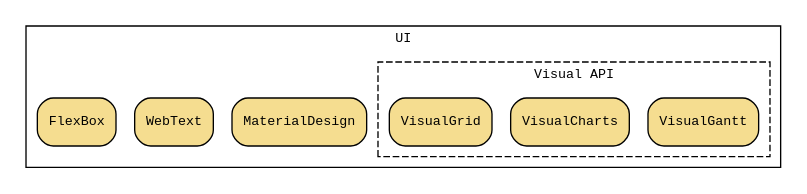
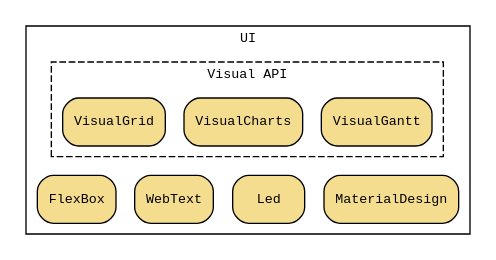
One commit to webfx-project/webfx-docs changed the diagram in src/main/asciidoc/webfx-extras/webfx-extras.adoc. Above: the diagram before and after it, drawn with Graphviz.

Commit message:
Added Led in WebFX Extras diagram

```diff
--- a/src/main/asciidoc/webfx-extras/webfx-extras.adoc
+++ b/src/main/asciidoc/webfx-extras/webfx-extras.adoc
@@ -3,32 +3,25 @@
 [graphviz, webfx-extras, format=svg]
 ----
 digraph D {
     graph [compound=true, ranksep=0.3, nodesep=0.2, fontname=monospace, fontsize=10]
     node [shape="rectangle", style="rounded,filled", fillcolor="#f5dd90", fontname=monospace, fontsize=10]
 
     subgraph cluster_UI {
         label = "UI"
 
-        FlexBox
-        MaterialDesign
-        WebText
-
         subgraph cluster_V {
             label = "Visual API"
             style = "dashed"
-
-            VisualGrid
-            VisualCharts
-            VisualGantt
 
             {rank=same VisualGrid VisualCharts VisualGantt}
             VisualGrid -> VisualCharts -> VisualGantt [style=invis]
         }
 
-        {rank=same FlexBox WebText MaterialDesign}
-        FlexBox -> WebText -> MaterialDesign [style=invis]
-
+        {rank=same FlexBox WebText Led MaterialDesign}
+        FlexBox -> WebText -> Led -> MaterialDesign [style=invis]
     }
 
+    VisualCharts -> Led [style=invis]
+    VisualCharts -> WebText [style=invis]
 }
 ----
```
